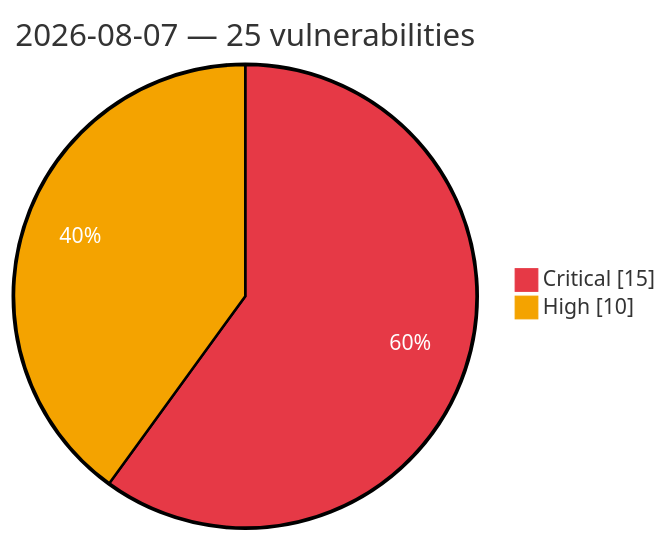
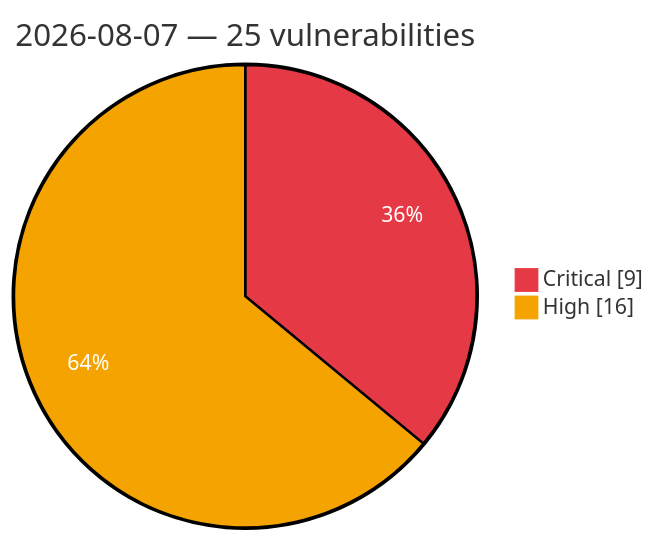
The diagram in vulnerabilities/2026-08-07.md (GhostX0X/vuln-tracker), drawn with Mermaid before and after one commit. The commit also changed other lines of this file and 1 other file, not shown here.

Commit message:
Auto update: critical/high vulns (2026-08-07 17:33 UTC)

````diff
--- a/vulnerabilities/2026-08-07.md
+++ b/vulnerabilities/2026-08-07.md
@@ -3,7 +3,7 @@
 ```mermaid
 %%{init: {'theme':'base', 'themeVariables': {'pie1':'#e63946', 'pie2':'#f4a300', 'pieOpacity':'1', 'pieOuterStrokeWidth':'2px', 'pieSectionTextColor':'#ffffff'}}}%%
 pie showData
     title 2026-08-07 — 25 vulnerabilities
-    "Critical" : 15
-    "High" : 10
+    "Critical" : 9
+    "High" : 16
 ```
````
